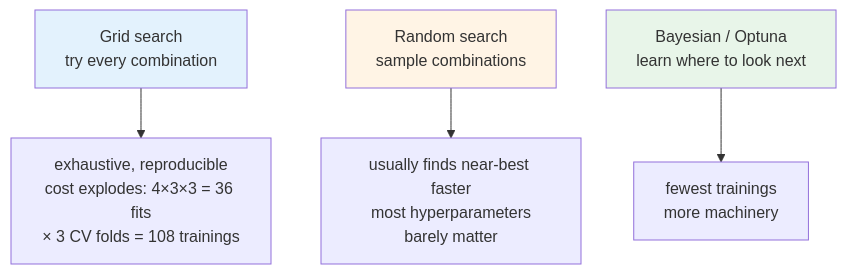
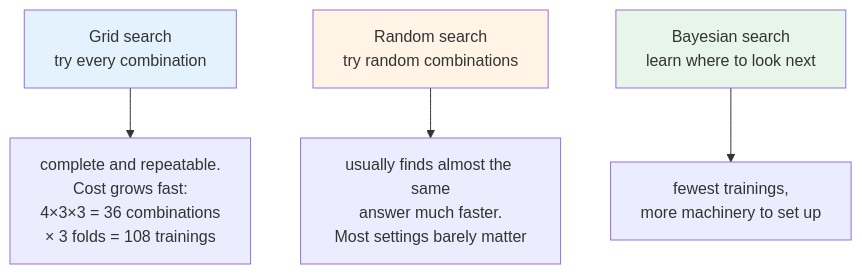
One commit to schoolofdevops/402-mlops-site changed the ninth of 9 diagrams in site/docs/m3-data-to-model/lesson.mdx. Above: the diagram before and after it, drawn with Mermaid. The commit also changed other lines of this file, not shown here.

````diff
--- a/site/docs/m3-data-to-model/lesson.mdx
+++ b/site/docs/m3-data-to-model/lesson.mdx
@@ -422,10 +529,10 @@
 ```mermaid
 flowchart TB
-    G["Grid search<br/>try every combination"] --> G1["exhaustive, reproducible<br/>cost explodes: 4×3×3 = 36 fits<br/>× 3 CV folds = 108 trainings"]
-    R["Random search<br/>sample combinations"] --> R1["usually finds near-best faster<br/>most hyperparameters<br/>barely matter"]
-    B["Bayesian / Optuna<br/>learn where to look next"] --> B1["fewest trainings<br/>more machinery"]
+    G["Grid search<br/>try every combination"] --> G1["complete and repeatable.<br/>Cost grows fast:<br/>4×3×3 = 36 combinations<br/>× 3 folds = 108 trainings"]
+    R["Random search<br/>try random combinations"] --> R1["usually finds almost the same<br/>answer much faster.<br/>Most settings barely matter"]
+    B["Bayesian search<br/>learn where to look next"] --> B1["fewest trainings,<br/>more machinery to set up"]
 
     style G fill:#e3f2fd
     style R fill:#fff4e5
     style B fill:#e8f5e9
 ```
````
